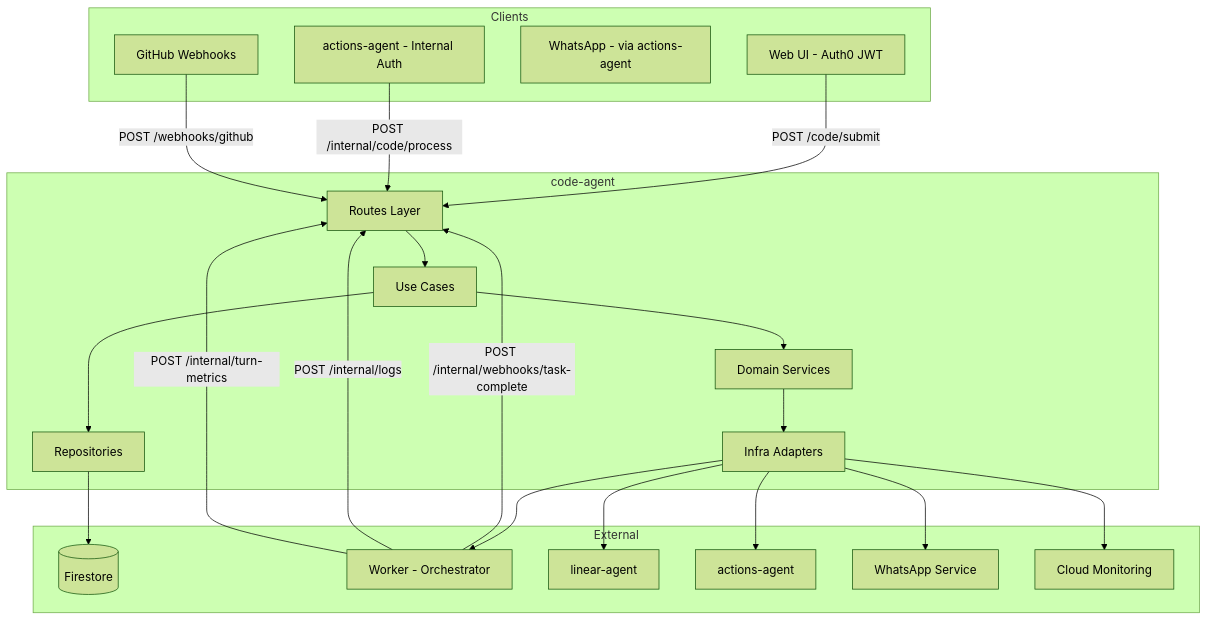
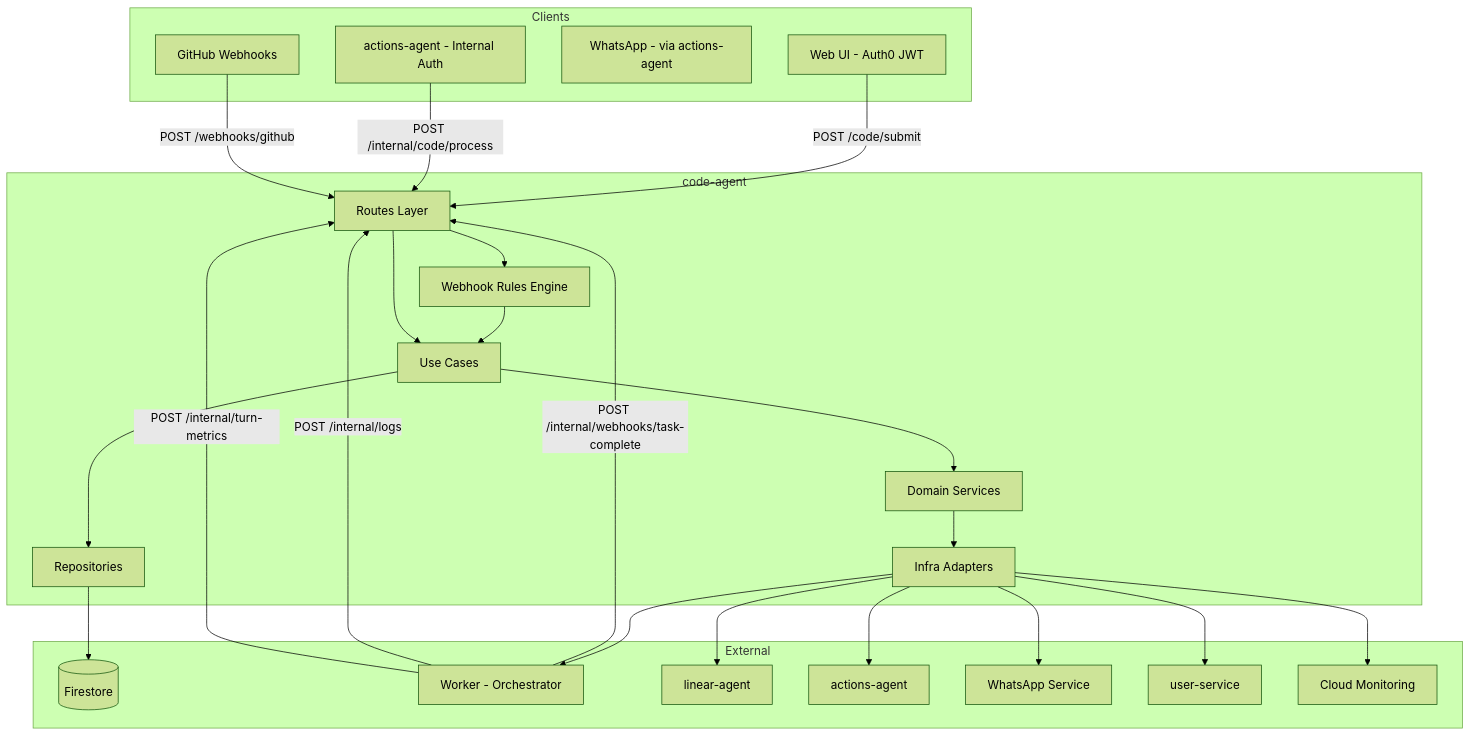
The first of 3 diagrams in docs/services/code-agent/technical.md (pbuchman/intexuraos), drawn with Mermaid (forest theme) before and after one commit. The commit also changed other lines of this file and 134 other files, not shown here.

````diff
--- a/docs/services/code-agent/technical.md
+++ b/docs/services/code-agent/technical.md
@@ -14,45 +14,50 @@
 ```mermaid
 graph TD
     subgraph Clients
         WebUI[Web UI - Auth0 JWT]
         ActionsAgent[actions-agent - Internal Auth]
         WhatsApp[WhatsApp - via actions-agent]
         GitHub[GitHub Webhooks]
     end
 
     subgraph code-agent
         Routes[Routes Layer]
+        WebhookRules[Webhook Rules Engine]
         UseCases[Use Cases]
         DomainServices[Domain Services]
         Repos[Repositories]
         InfraAdapters[Infra Adapters]
     end
 
     subgraph External
         Firestore[(Firestore)]
         Worker[Worker - Orchestrator]
         LinearAgent[linear-agent]
         ActionsAgentSvc[actions-agent]
         WhatsAppSvc[WhatsApp Service]
+        UserSvc[user-service]
         CloudMonitoring[Cloud Monitoring]
     end
 
     WebUI -->|POST /code/submit| Routes
     ActionsAgent -->|POST /internal/code/process| Routes
     GitHub -->|POST /webhooks/github| Routes
     Worker -->|POST /internal/webhooks/task-complete| Routes
     Worker -->|POST /internal/logs| Routes
     Worker -->|POST /internal/turn-metrics| Routes
 
+    Routes --> WebhookRules
+    WebhookRules --> UseCases
     Routes --> UseCases
     UseCases --> DomainServices
     UseCases --> Repos
     DomainServices --> InfraAdapters
 
     Repos --> Firestore
     InfraAdapters --> Worker
     InfraAdapters --> LinearAgent
     InfraAdapters --> ActionsAgentSvc
     InfraAdapters --> WhatsAppSvc
+    InfraAdapters --> UserSvc
     InfraAdapters --> CloudMonitoring
 ```
````
